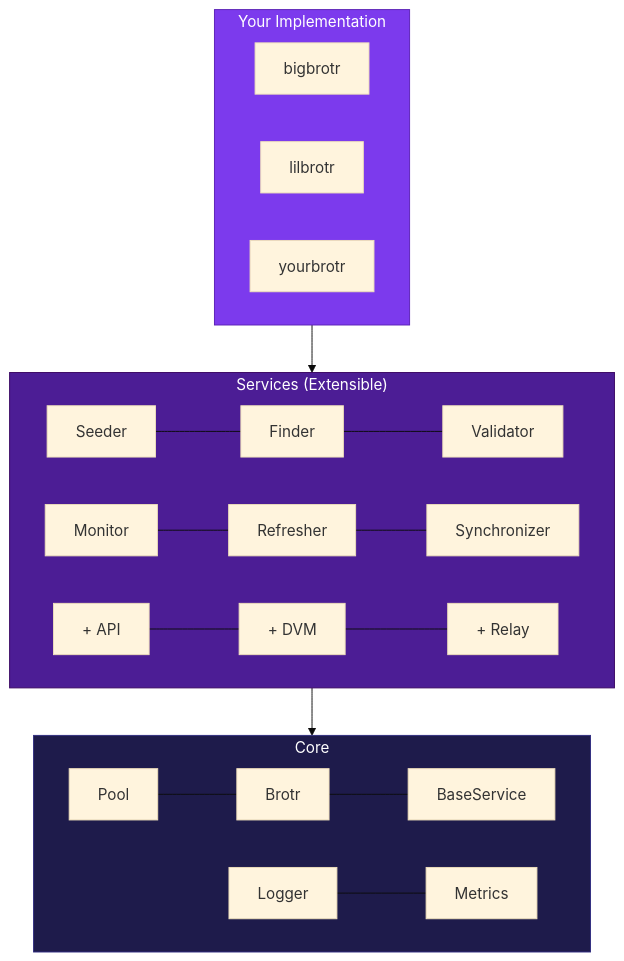
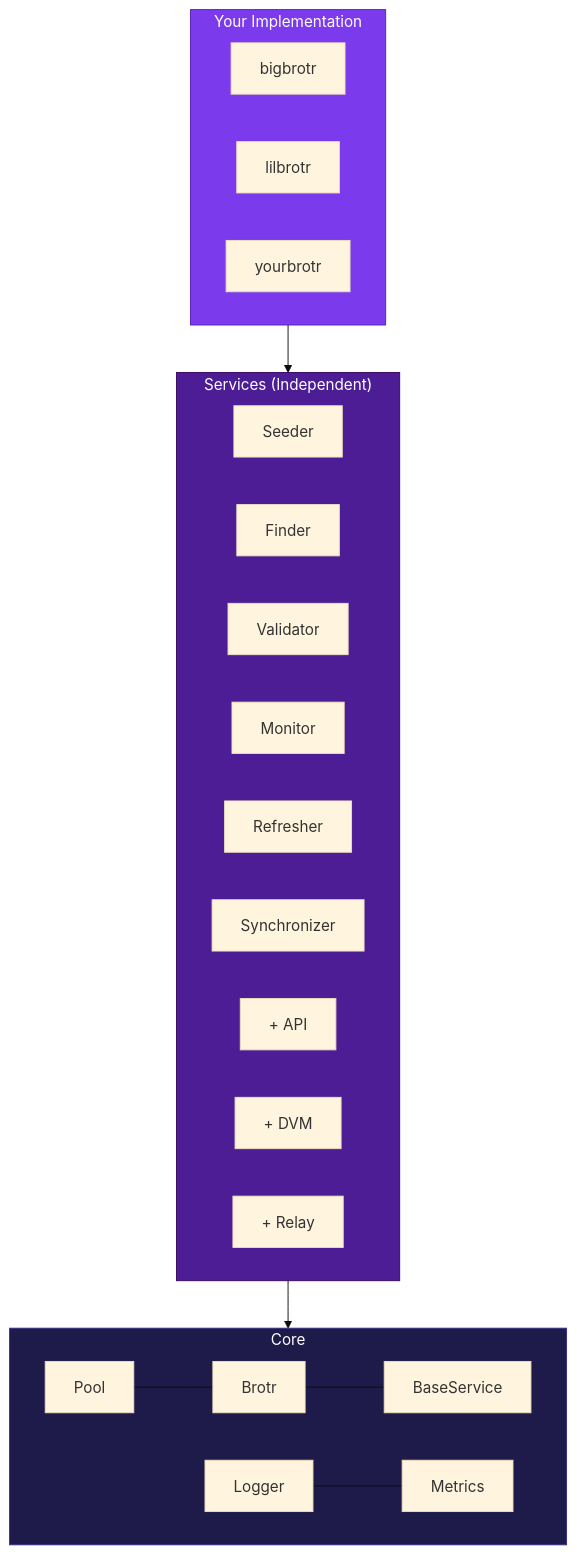
The diagram in slides.md (BigBrotr/deck), drawn with Mermaid (base theme) before and after one commit. The commit also changed other lines of this file, not shown here.

Commit message:
fix: correct technical inaccuracies in presentation slides
- Remove service-to-service edges in mermaid diagram (services are
  independent, connected only through the database)
- Stored procedures → stored functions
- Clarify "no raw SQL mutations" (query functions use raw SELECT)
- Fix test count: 2,400+ tests (unit + integration combined)
- Add qualifier to WoT slide (potential use case, not built-in)

````diff
--- a/slides.md
+++ b/slides.md
@@ -114,21 +114,27 @@
 ```mermaid {scale: 0.75}
 graph TD
     subgraph YOUR["Your Implementation"]
         BB["bigbrotr"]
         LB["lilbrotr"]
         YB["yourbrotr"]
     end
-    subgraph SVC["Services (Extensible)"]
-        S1["Seeder"] --- S2["Finder"] --- S3["Validator"]
-        S4["Monitor"] --- S5["Refresher"] --- S6["Synchronizer"]
-        S7["+ API"] --- S8["+ DVM"] --- S9["+ Relay"]
+    subgraph SVC["Services (Independent)"]
+        S1["Seeder"]
+        S2["Finder"]
+        S3["Validator"]
+        S4["Monitor"]
+        S5["Refresher"]
+        S6["Synchronizer"]
+        S7["+ API"]
+        S8["+ DVM"]
+        S9["+ Relay"]
     end
     subgraph CORE["Core"]
         C1["Pool"] --- C2["Brotr"] --- C3["BaseService"]
         C4["Logger"] --- C5["Metrics"]
     end
     YOUR --> SVC --> CORE
     style YOUR fill:#7c3aed,color:#fff,stroke:#5b21b6
     style SVC fill:#4c1d95,color:#fff,stroke:#3b0764
     style CORE fill:#1e1b4b,color:#fff,stroke:#312e81
 ```
````
